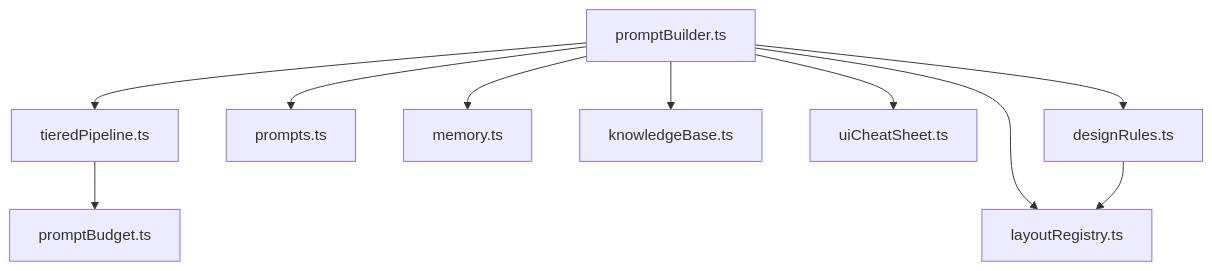
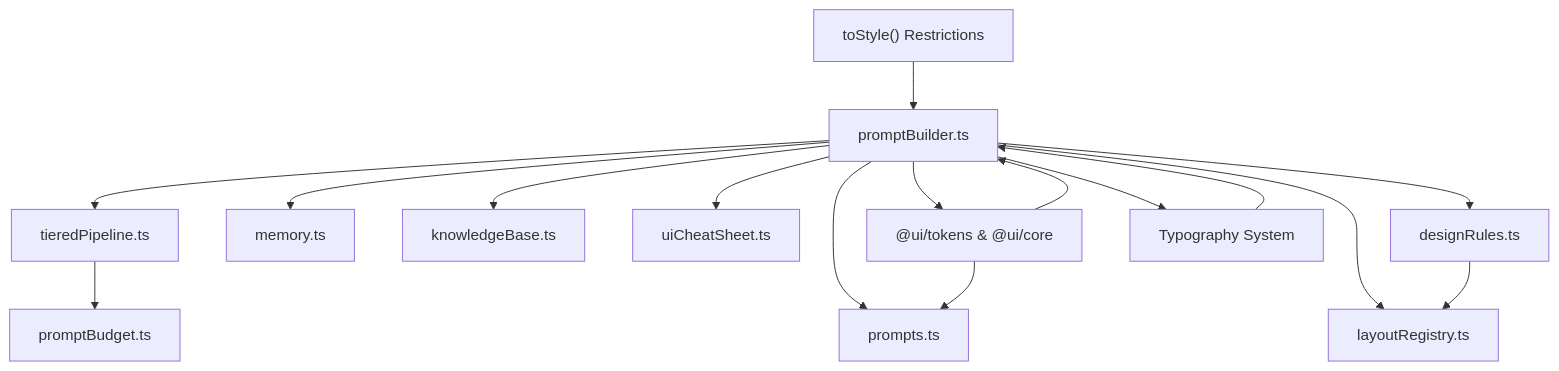
One commit to shekhargiri005-dotcom/AI-powered-accessibility-first-UI-engine changed diagram 11 of 11 in .qoder/repowiki/en/content/AI Generation Engine/Core Generation Pipeline/Prompt Engineering & Context Injection.md. Above: the diagram before and after it, drawn with Mermaid. The commit also changed other lines of this file and 24 other files, not shown here.

````diff
--- a/.qoder/repowiki/en/content/AI Generation Engine/Core Generation Pipeline/Prompt Engineering & Context Injection.md
+++ b/.qoder/repowiki/en/content/AI Generation Engine/Core Generation Pipeline/Prompt Engineering & Context Injection.md
@@ -388,12 +515,18 @@
 ```mermaid
 graph TB
 PB["promptBuilder.ts"] --> TP["tieredPipeline.ts"]
 PB --> PT["prompts.ts"]
 PB --> MEM["memory.ts"]
 PB --> KB["knowledgeBase.ts"]
 PB --> CS["uiCheatSheet.ts"]
 PB --> DR["designRules.ts"]
 PB --> LR["layoutRegistry.ts"]
+PB --> DS["@ui/tokens & @ui/core"]
+PB --> TS["Typography System"]
 TP --> BUDG["promptBudget.ts"]
 DR --> LR
+DS --> PT
+DS --> PB
+TS --> PB
+TOSTYLE["toStyle() Restrictions"] --> PB
 ```
````
